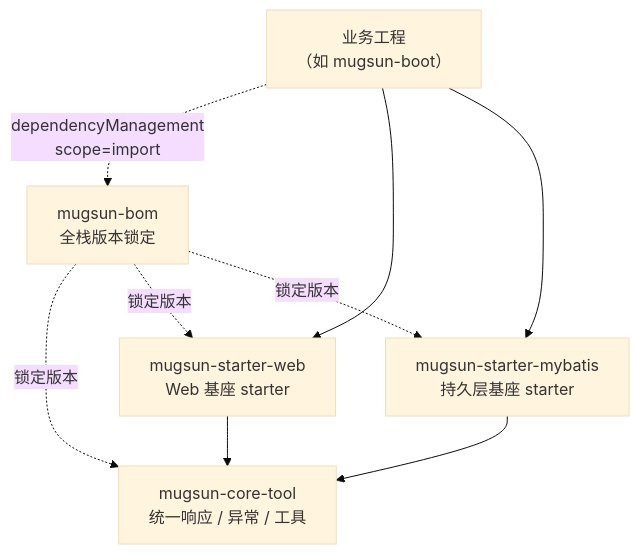
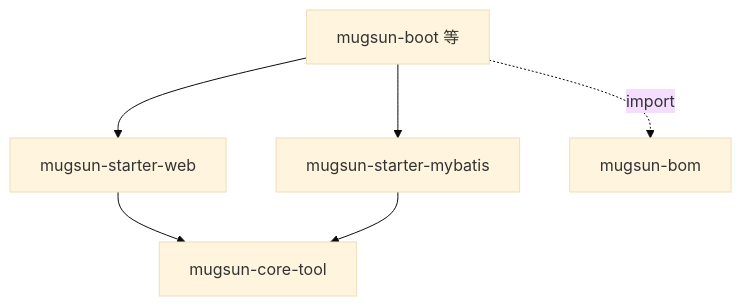
Before and after one commit to mugsun/mugsun-core: the diagram in README.md, drawn with Mermaid (base theme). The commit also changed other lines of this file and 2 other files, not shown here.

````diff
--- a/README.md
+++ b/README.md
@@ -27,17 +23,8 @@
 ```mermaid
 graph TD
-    BIZ["业务工程<br/>（如 mugsun-boot）"]
-    BOM["mugsun-bom<br/>全栈版本锁定"]
-    TOOL["mugsun-core-tool<br/>统一响应 / 异常 / 工具"]
-    WEB["mugsun-starter-web<br/>Web 基座 starter"]
-    MB["mugsun-starter-mybatis<br/>持久层基座 starter"]
-
-    BIZ -.->|dependencyManagement<br/>scope=import| BOM
-    BIZ --> WEB
-    BIZ --> MB
-    BOM -.->|锁定版本| TOOL
-    BOM -.->|锁定版本| WEB
-    BOM -.->|锁定版本| MB
-    WEB --> TOOL
+    BIZ[mugsun-boot 等] --> WEB[mugsun-starter-web]
+    BIZ --> MB[mugsun-starter-mybatis]
+    BIZ -. import .-> BOM[mugsun-bom]
+    WEB --> TOOL[mugsun-core-tool]
     MB --> TOOL
 ```
````
